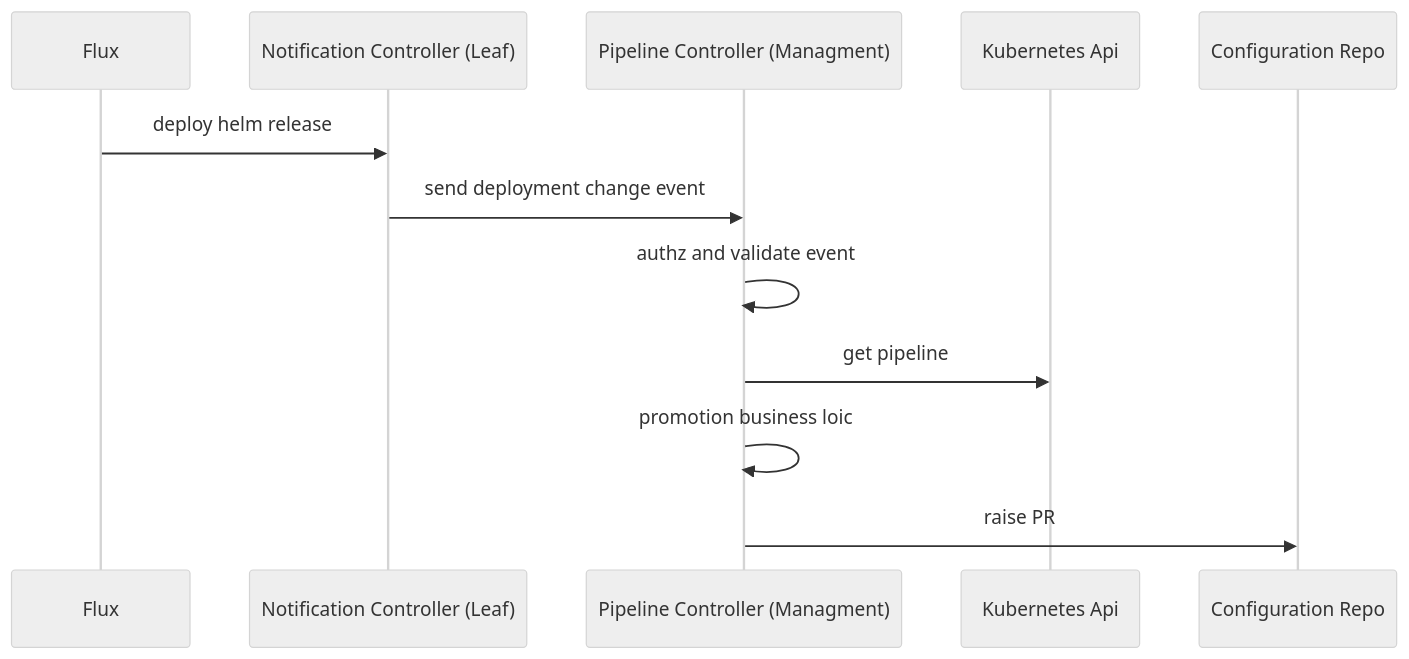
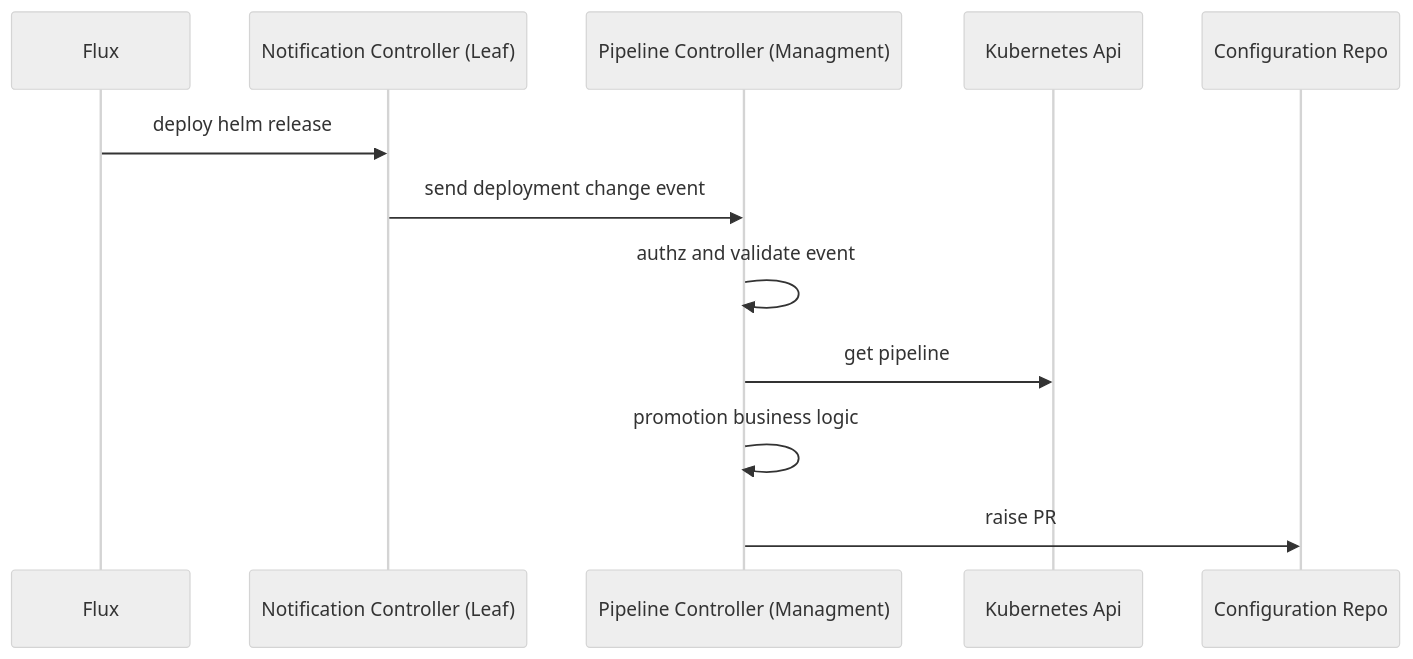
The first of 4 diagrams in docs/rfcs/0003-pipelines-promotion/README.md (weaveworks/weave-gitops-private), drawn with Mermaid (neutral theme) before and after one commit. The commit also changed other lines of this file, not shown here.

````diff
--- a/docs/rfcs/0003-pipelines-promotion/README.md
+++ b/docs/rfcs/0003-pipelines-promotion/README.md
@@ -45,15 +45,15 @@
 ```mermaid
    sequenceDiagram
     participant F as Flux
     participant LC as Notification Controller (Leaf)
     F->>LC: deploy helm release
     LC->>pc: send deployment change event
     participant pc as Pipeline Controller (Managment)
     pc->>pc: authz and validate event
     participant k8s as Kubernetes Api
     pc->>k8s: get pipeline
-    pc->>pc: promotion business loic
+    pc->>pc: promotion business logic
     participant k8s as Kubernetes Api
     pc->>configRepo: raise PR
     participant configRepo as Configuration Repo
 ```
````
